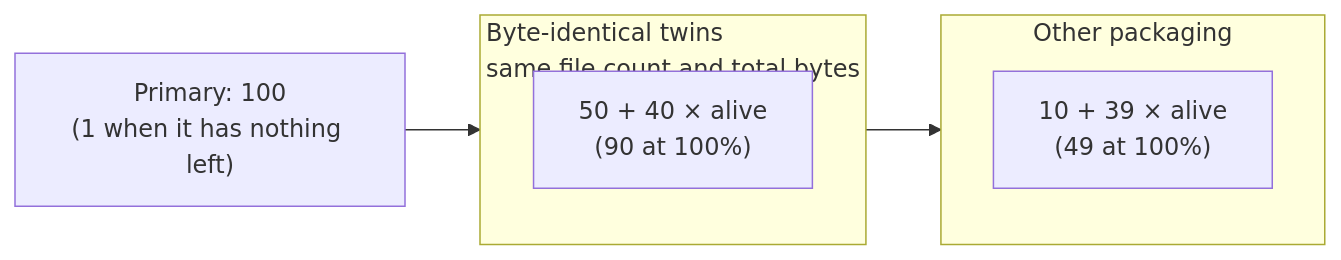
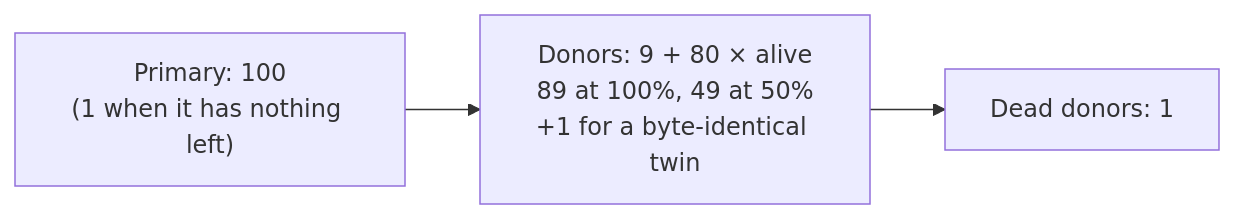
One commit to Appz4Fun/submit_dupes_from_nzbhydra2 changed the seventh of 8 diagrams in README.md. Above: the diagram before and after it, drawn with Mermaid. The commit also changed other lines of this file, not shown here.

````diff
--- a/README.md
+++ b/README.md
@@ -332,10 +358,4 @@
 ```mermaid
 flowchart LR
-    subgraph twins["Byte-identical twins<br/>same file count and total bytes"]
-        t["50 + 40 × alive<br/>(90 at 100%)"]
-    end
-    subgraph others["Other packaging"]
-        o["10 + 39 × alive<br/>(49 at 100%)"]
-    end
-    primary["Primary: 100<br/>(1 when it has nothing left)"] --> twins --> others
+    primary["Primary: 100<br/>(1 when it has nothing left)"] --> donors["Donors: 9 + 80 × alive<br/>89 at 100%, 49 at 50%<br/>+1 for a byte-identical twin"] --> dead["Dead donors: 1"]
 ```
````
